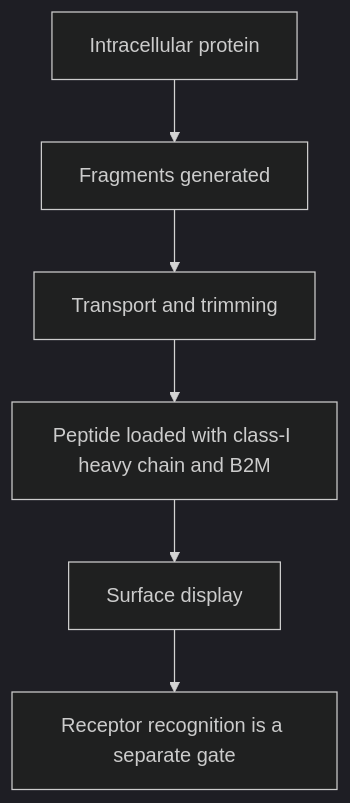
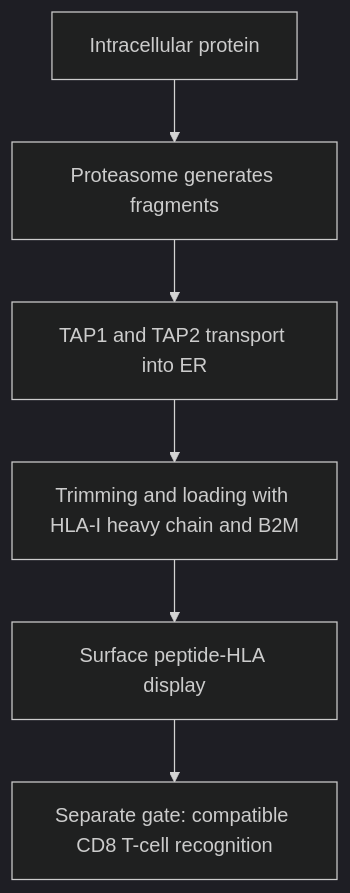
The diagram in wiki/education/concepts/immunology/antigen-presentation/antigen-processing-machinery.md (jasonLaster/oncoguide), drawn with Mermaid (dark theme) before and after one commit. The commit also changed other lines of this file and 66 other files, not shown here.

````diff
--- a/wiki/education/concepts/immunology/antigen-presentation/antigen-processing-machinery.md
+++ b/wiki/education/concepts/immunology/antigen-presentation/antigen-processing-machinery.md
@@ -38,8 +44,8 @@
 ```mermaid
 flowchart TD
-  A[Intracellular protein] --> B[Fragments generated]
-  B --> C[Transport and trimming]
-  C --> D[Peptide loaded with class-I heavy chain and B2M]
-  D --> E[Surface display]
-  E --> F[Receptor recognition is a separate gate]
+  A[Intracellular protein] --> B[Proteasome generates fragments]
+  B --> C[TAP1 and TAP2 transport into ER]
+  C --> D[Trimming and loading with HLA-I heavy chain and B2M]
+  D --> E[Surface peptide-HLA display]
+  E --> F[Separate gate: compatible CD8 T-cell recognition]
 ```
````
